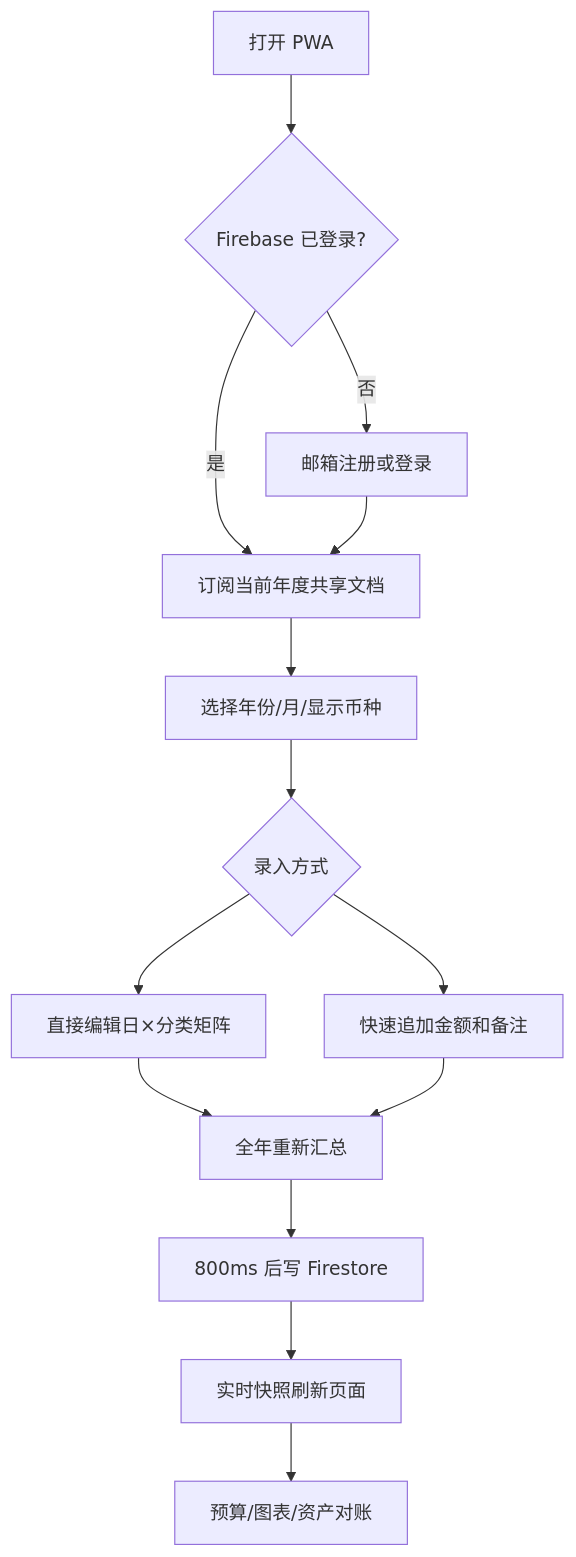
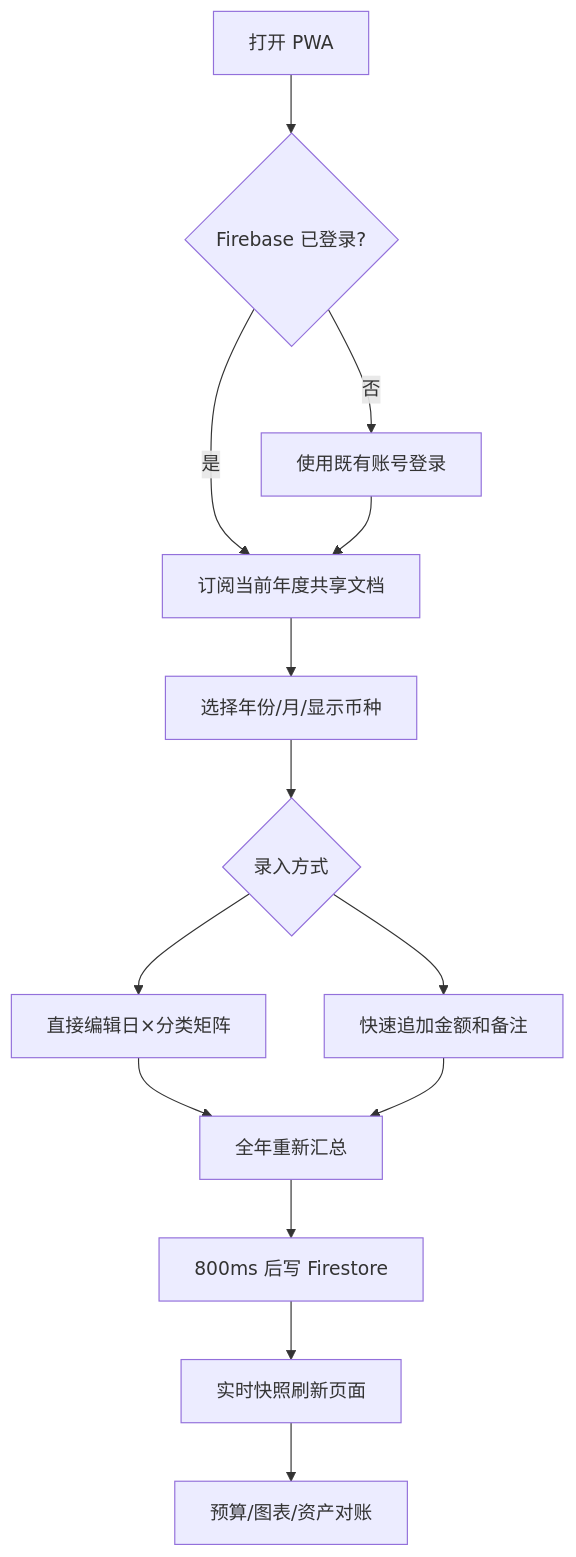
The second of 2 diagrams in PROJECT_ANALYSIS.md (1637063482/THAO-), drawn with Mermaid before and after one commit. The commit also changed other lines of this file and 8 other files, not shown here.

Commit message:
docs: realign roadmap to private VND ledger

````diff
--- a/PROJECT_ANALYSIS.md
+++ b/PROJECT_ANALYSIS.md
@@ -164,16 +164,16 @@
 ```mermaid
 flowchart TD
   A["打开 PWA"] --> B{"Firebase 已登录?"}
-  B -- 否 --> C["邮箱注册或登录"]
+  B -- 否 --> C["使用既有账号登录"]
   B -- 是 --> D["订阅当前年度共享文档"]
   C --> D
   D --> E["选择年份/月/显示币种"]
   E --> F{"录入方式"}
   F --> G["直接编辑日×分类矩阵"]
   F --> H["快速追加金额和备注"]
   G --> I["全年重新汇总"]
   H --> I
   I --> J["800ms 后写 Firestore"]
   J --> K["实时快照刷新页面"]
   K --> L["预算/图表/资产对账"]
 ```
````
